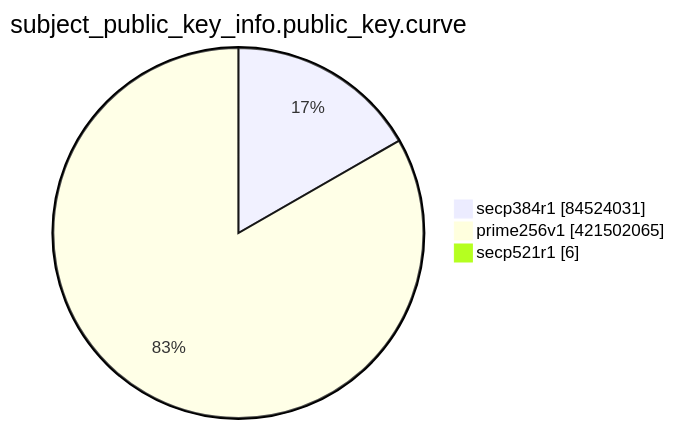
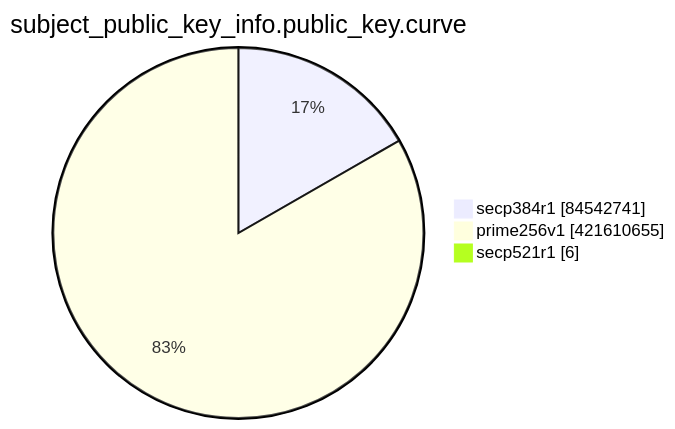
Before and after one commit to christiankrug/ctmonitor_visualization: the eighth of 15 diagrams in TOTAL/README.md, drawn with Mermaid. The commit also changed other lines of this file, not shown here.

````diff
--- a/TOTAL/README.md
+++ b/TOTAL/README.md
@@ -3099,7 +3099,7 @@
 ```mermaid
 pie showData
 title subject_public_key_info.public_key.curve
-"secp384r1" :84524031
-"prime256v1" :421502065
+"secp384r1" :84542741
+"prime256v1" :421610655
 "secp521r1" :6
 ```
````
